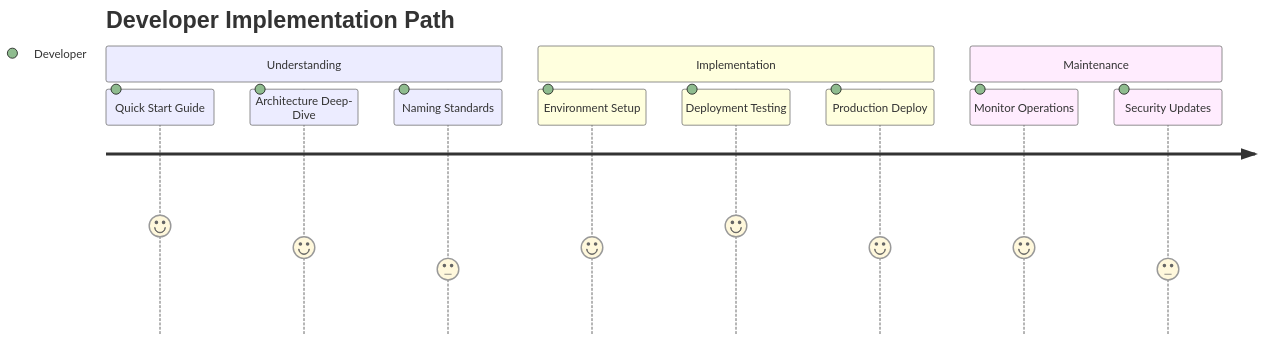
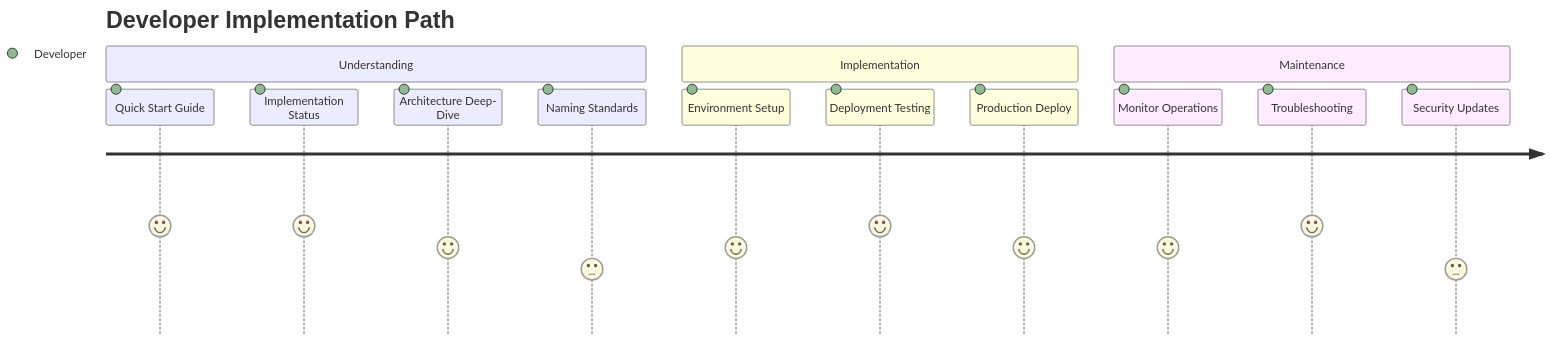
Before and after one commit to srnichols/StampsPattern: the fourth of 5 diagrams in docs/DOCS.md, drawn with Mermaid. The commit also changed other lines of this file and 12 other files, not shown here.

````diff
--- a/docs/DOCS.md
+++ b/docs/DOCS.md
@@ -115,15 +125,17 @@
 ```mermaid
 journey
     title Developer Implementation Path
     section Understanding
       Quick Start Guide: 5: Developer
+      Implementation Status: 5: Developer
       Architecture Deep-Dive: 4: Developer
       Naming Standards: 3: Developer
     section Implementation
       Environment Setup: 4: Developer
       Deployment Testing: 5: Developer
       Production Deploy: 4: Developer
     section Maintenance
       Monitor Operations: 4: Developer
+      Troubleshooting: 5: Developer
       Security Updates: 3: Developer
 ```
````
